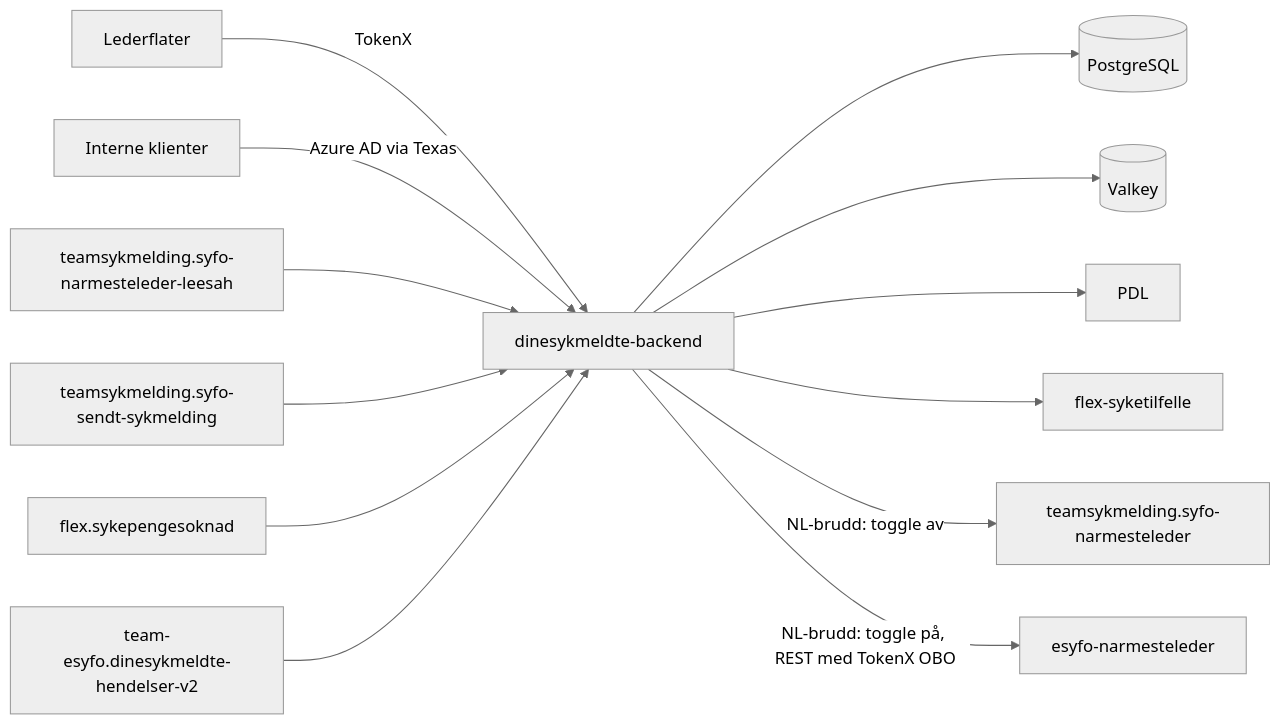
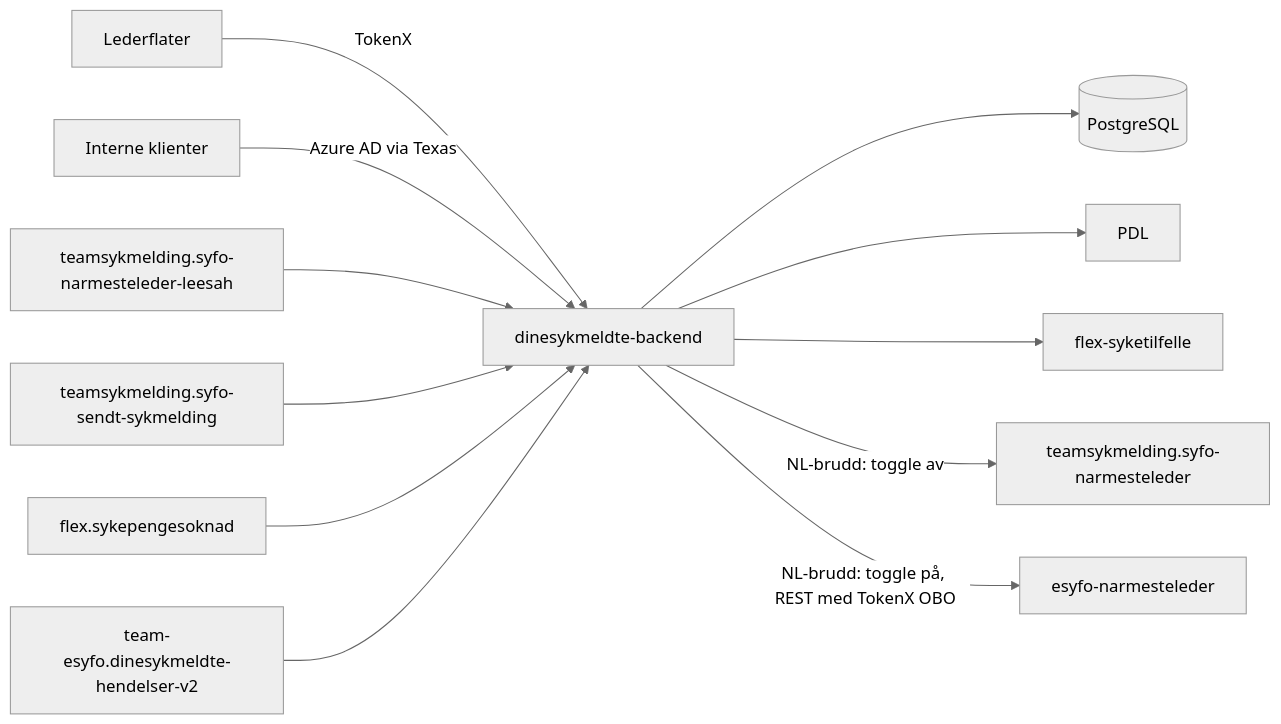
The diagram in README.md (navikt/dinesykmeldte-backend), drawn with Mermaid (neutral theme) before and after one commit. The commit also changed other lines of this file and 35 other files, not shown here.

````diff
--- a/README.md
+++ b/README.md
@@ -13,15 +13,14 @@
 ```mermaid
 flowchart LR
     A[Lederflater] -->|TokenX| B[dinesykmeldte-backend]
     X[Interne klienter] -->|Azure AD via Texas| B
     K1[teamsykmelding.syfo-narmesteleder-leesah] --> B
     K2[teamsykmelding.syfo-sendt-sykmelding] --> B
     K3[flex.sykepengesoknad] --> B
     K4[team-esyfo.dinesykmeldte-hendelser-v2] --> B
     B --> DB[(PostgreSQL)]
-    B --> V[(Valkey)]
     B --> PDL[PDL]
     B --> F[flex-syketilfelle]
     B -->|NL-brudd: toggle av| K5[teamsykmelding.syfo-narmesteleder]
     B -->|NL-brudd: toggle på, REST med TokenX OBO| E[esyfo-narmesteleder]
 ```
````
